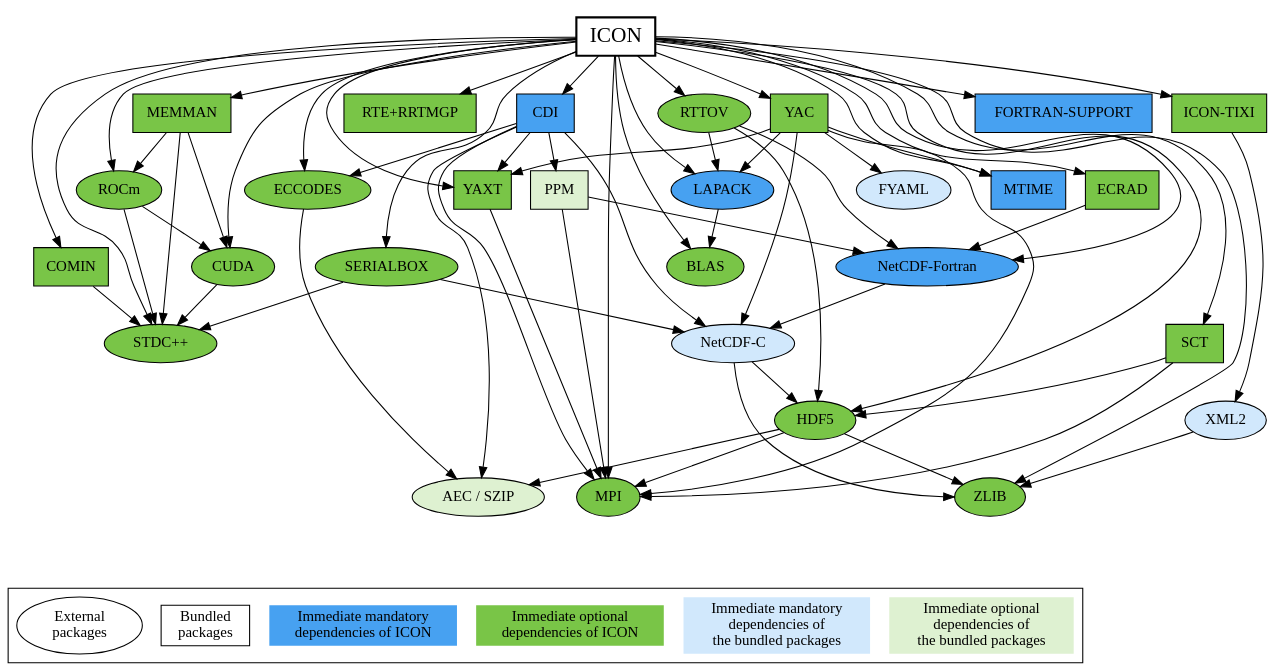
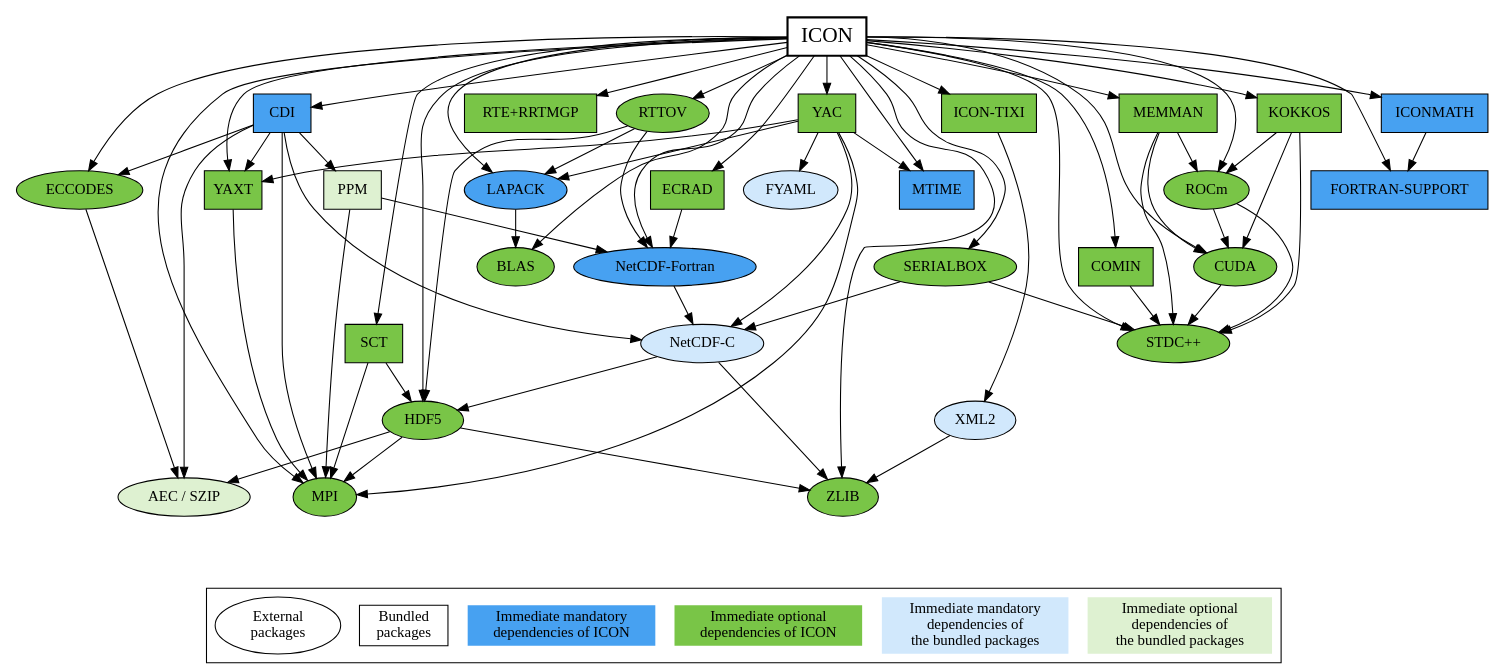
Before and after one commit to leuty/icon-model: the diagram in doc/www/buildrun/icon-depgraph.dot, drawn with Graphviz. The commit also changed 3 other files, not shown here.

```diff
--- a/doc/www/buildrun/icon-depgraph.dot
+++ b/doc/www/buildrun/icon-depgraph.dot
@@ -1,125 +1,131 @@
 // ICON
 //
 // ---------------------------------------------------------------
 // Copyright (C) 2004-2025, DWD, MPI-M, DKRZ, KIT, ETH, MeteoSwiss
 // Contact information: icon-model.org
 // See AUTHORS.TXT for a list of authors
 // See LICENSES/ for license information
 // SPDX-License-Identifier: BSD-3-Clause
 // ---------------------------------------------------------------
 
 digraph ICON {
 
 	bgcolor="transparent"
 
 	node [style=filled; shape=oval; fillcolor="#79C547"];
 
 	subgraph clusterMain {
 
 		graph [peripheries=0];
 
 		"ICON" [shape=box; fillcolor=white; fontsize=20; penwidth=2.0];
 		"ICON" -> {"STDC++"; "CUDA"; "ROCm"; "MPI"; "ZLIB"; "HDF5";
-			       "NetCDF-Fortran"; "RTE+RRTMGP"; "ECRAD"; "BLAS";
-			       "LAPACK"; "RTTOV"; "SCT"; "YAXT"; "ECCODES";
-			       "CDI"; "SERIALBOX"; "MTIME"; "YAC"; "ICON-TIXI";
-			       "COMIN"; "FORTRAN-SUPPORT"; "MEMMAN"; };
+			   "NetCDF-Fortran"; "RTE+RRTMGP"; "ECRAD"; "BLAS";
+			   "LAPACK"; "RTTOV"; "SCT"; "YAXT"; "ECCODES"; "CDI";
+			   "SERIALBOX"; "MTIME"; "YAC"; "ICON-TIXI"; "COMIN";
+			   "FORTRAN-SUPPORT"; "KOKKOS"; "MEMMAN"; "ICONMATH"};
 
 		"STDC++";
 
 		"CUDA";
 		"CUDA" -> {"STDC++"};
 
 		"ROCm";
 		"ROCm" -> {"STDC++"; "CUDA"};
 
 		"MPI";
 
 		"ZLIB";
 
 		"HDF5";
 		"HDF5" -> {"MPI"; "ZLIB"; "AEC / SZIP"};
 
 		"NetCDF-Fortran" [shape=oval; fillcolor="#47A1F1"]
 		"NetCDF-Fortran" -> {"NetCDF-C"};
 
 		"RTE+RRTMGP" [shape=box];
 
 		"ECRAD" [shape=box];
 		"ECRAD" -> {"NetCDF-Fortran"};
 
 		"BLAS";
 
 		"LAPACK" [fillcolor="#47A1F1"];
 		"LAPACK" -> {"BLAS"};
 
 		"RTTOV";
 		"RTTOV" -> {"HDF5"; "NetCDF-Fortran"; "LAPACK"};
 
 		"SCT" [shape=box];
 		"SCT" -> {"MPI"; "HDF5"};
 
 		"YAXT" [shape=box];
 		"YAXT" -> {"MPI"};
 
 		"ECCODES";
 		"ECCODES" -> {"AEC / SZIP"};
 
 		"CDI" [shape=box; fillcolor="#47A1F1"];
 		"CDI" -> {"MPI"; "YAXT"; "ECCODES"; "AEC / SZIP"; "NetCDF-C"; "PPM"};
 
 		"SERIALBOX";
 		"SERIALBOX" -> {"STDC++"; "NetCDF-C"};
 
 		"MTIME" [shape=box; fillcolor="#47A1F1"];
 
 		"YAC" [shape=box];
 		"YAC" -> {"MPI"; "LAPACK"; "YAXT"; "MTIME"; "NetCDF-C"; "FYAML"};
 
 		"ICON-TIXI" [shape=box];
 		"ICON-TIXI" -> {"XML2"};
 
 		"COMIN" [shape=box];
 		"COMIN" -> {"STDC++"};
 
 		"FORTRAN-SUPPORT" [shape=box; fillcolor="#47A1F1"];
 
+		"KOKKOS" [shape=box];
+		"KOKKOS" -> {"STDC++"; "CUDA"; "ROCm"};
+
 		"MEMMAN" [shape=box];
 		"MEMMAN" -> {"STDC++"; "CUDA"; "ROCm"};
+
+		"ICONMATH" [shape=box; fillcolor="#47A1F1"];
+		"ICONMATH" -> {"FORTRAN-SUPPORT"};
 
 		"AEC / SZIP" [fillcolor="#DEF1D1"];
 		"AEC / SZIP";
 
 		"NetCDF-C" [fillcolor="#D1E8FC"];
 		"NetCDF-C" -> {"ZLIB"; "HDF5"};
 
 		"PPM" [shape=box; fillcolor="#DEF1D1"];
 		"PPM" -> {"MPI"; "NetCDF-Fortran"};
 
 		"FYAML" [fillcolor="#D1E8FC"];
 		"FYAML";
 
 		"XML2" [fillcolor="#D1E8FC"];
 		"XML2" -> {"ZLIB"};
 
 		{
 			rank=sink;
 			bottomNode [shape=point; style=invis];
 		}
 	}
 
 	subgraph clusterLegend {
 		{
 			rank=same;
 			external -> bundled -> mandatoryIcon -> optionalIcon -> mandatoryBundled -> optionalBundled [style=invis];
 			external [label="External\npackages"; fillcolor=white];
 			bundled [label="Bundled\npackages"; shape=box; fillcolor=white];
 			mandatoryIcon [label="Immediate mandatory\ndependencies of ICON"; shape=plaintext; fillcolor="#47A1F1"];
 			optionalIcon [label="Immediate optional\ndependencies of ICON"; shape=plaintext];
 			mandatoryBundled [label="Immediate mandatory\ndependencies of\nthe bundled packages"; shape=plaintext; fillcolor="#D1E8FC"];
 			optionalBundled [label="Immediate optional\ndependencies of\nthe bundled packages"; shape=plaintext; fillcolor="#DEF1D1"];
 		}
 	}
 
 	bottomNode -> external:nw [style=invis];
 }
```
